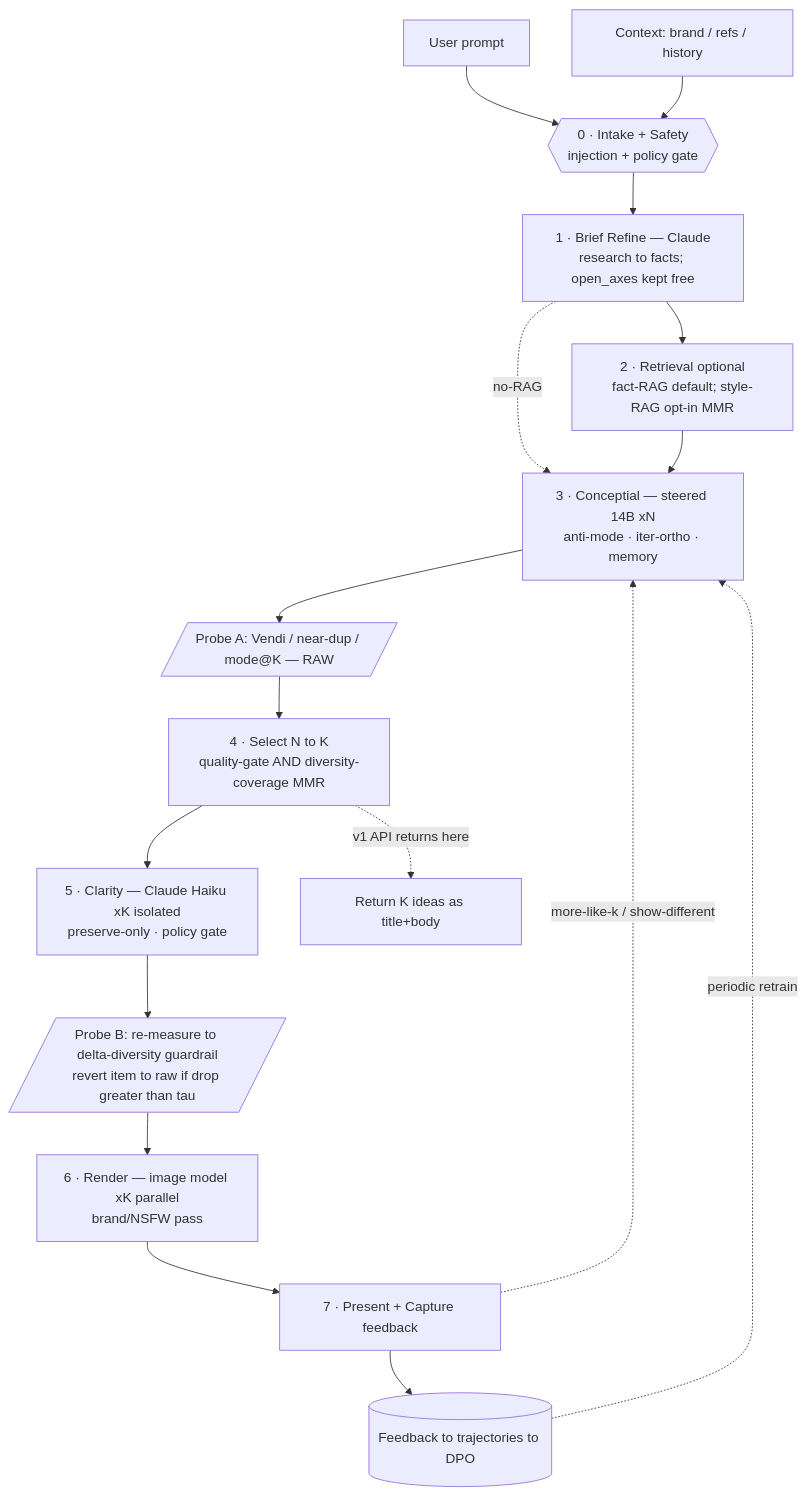
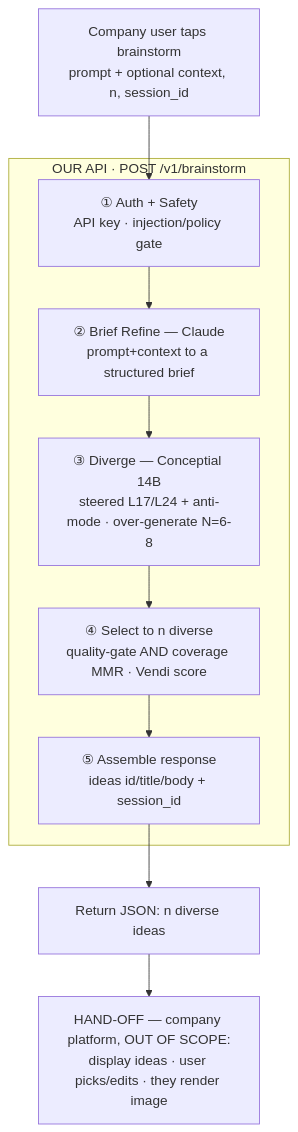
The diagram in docs/brainstorm_pipeline_architecture.md (KeshavR77/BrainstormLM), drawn with Mermaid before and after one commit. The commit also changed other lines of this file, not shown here.

First line of the commit message:
rewrite brainstorm architecture doc: API-scoped, clearer, stops at hand-off

````diff
--- a/docs/brainstorm_pipeline_architecture.md
+++ b/docs/brainstorm_pipeline_architecture.md
@@ -76,19 +23,13 @@
 ```mermaid
 flowchart TD
-    UP[User prompt] --> G0
-    CTX[Context: brand / refs / history] --> G0
-    G0{{0 · Intake + Safety<br/>injection + policy gate}} --> S1
-    S1[1 · Brief Refine — Claude<br/>research to facts; open_axes kept free] --> S2
-    S1 -. no-RAG .-> S3
-    S2[2 · Retrieval optional<br/>fact-RAG default; style-RAG opt-in MMR] --> S3
-    S3[3 · Conceptial — steered 14B xN<br/>anti-mode · iter-ortho · memory] --> PA
-    PA[/Probe A: Vendi / near-dup / mode@K — RAW/] --> S4
-    S4[4 · Select N to K<br/>quality-gate AND diversity-coverage MMR] --> S5
-    S4 -.->|v1 API returns here| OUT[Return K ideas as title+body]
-    S5[5 · Clarity — Claude Haiku xK isolated<br/>preserve-only · policy gate] --> PB
-    PB[/Probe B: re-measure to delta-diversity guardrail<br/>revert item to raw if drop greater than tau/] --> S6
-    S6[6 · Render — image model xK parallel<br/>brand/NSFW pass] --> S7
-    S7[7 · Present + Capture feedback] --> FB[(Feedback to trajectories to DPO)]
-    FB -. periodic retrain .-> S3
-    S7 -. more-like-k / show-different .-> S3
+    REQ[Company user taps brainstorm<br/>prompt + optional context, n, session_id] --> A
+    subgraph API["OUR API · POST /v1/brainstorm"]
+      A[① Auth + Safety<br/>API key · injection/policy gate] --> B
+      B[② Brief Refine — Claude<br/>prompt+context to a structured brief] --> C
+      C[③ Diverge — Conceptial 14B<br/>steered L17/L24 + anti-mode · over-generate N=6-8] --> D
+      D[④ Select to n diverse<br/>quality-gate AND coverage MMR · Vendi score] --> E
+      E[⑤ Assemble response<br/>ideas id/title/body + session_id]
+    end
+    E --> OUT[Return JSON: n diverse ideas]
+    OUT --> HO[HAND-OFF — company platform, OUT OF SCOPE:<br/>display ideas · user picks/edits · they render image]
 ```
````
